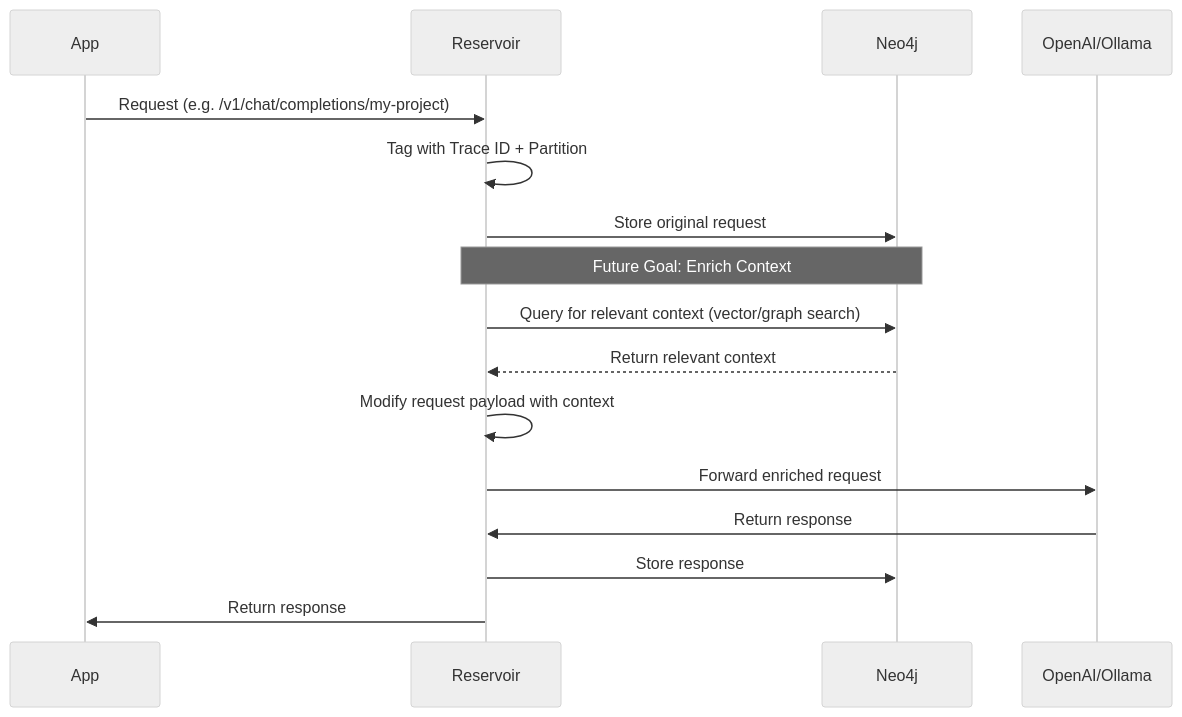
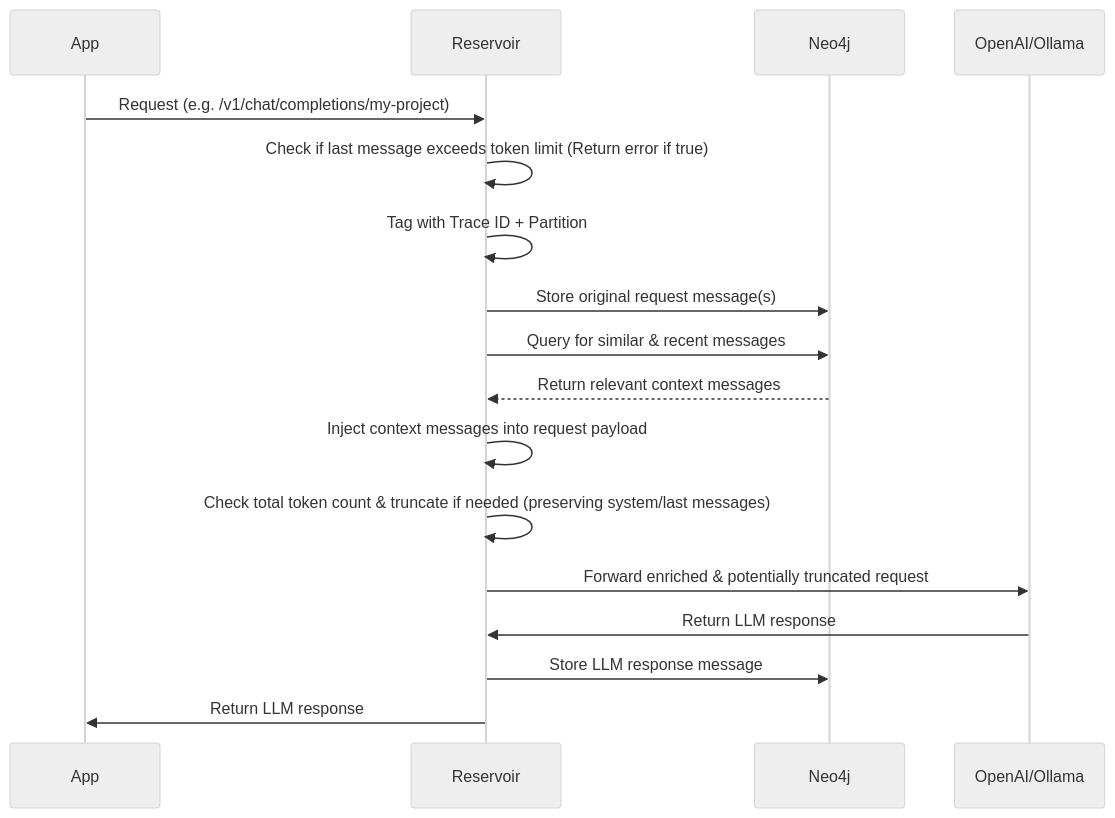
One commit to divanvisagie/reservoir changed the first of 2 diagrams in README.md. Above: the diagram before and after it, drawn with Mermaid (neutral theme). The commit also changed other lines of this file, not shown here.

Commit message:
docs: update README.md to clarify dynamic context enrichment and token management features

````diff
--- a/README.md
+++ b/README.md
@@ -24,23 +24,25 @@
 ```mermaid
 sequenceDiagram
     participant App
     participant Reservoir
     participant Neo4j
     participant LLM as OpenAI/Ollama
 
     App->>Reservoir: Request (e.g. /v1/chat/completions/my-project)
+    Reservoir->>Reservoir: Check if last message exceeds token limit (Return error if true)
     Reservoir->>Reservoir: Tag with Trace ID + Partition
-    Reservoir->>Neo4j: Store original request
+    Reservoir->>Neo4j: Store original request message(s)
 
-    %% --- Context Enrichment Steps (Future Goal) ---
-    Note over Reservoir,Neo4j: Future Goal: Enrich Context
-    Reservoir->>Neo4j: Query for relevant context (vector/graph search)
-    Neo4j-->>Reservoir: Return relevant context
-    Reservoir->>Reservoir: Modify request payload with context
+    %% --- Context Enrichment Steps ---
+    Reservoir->>Neo4j: Query for similar & recent messages
+    Neo4j-->>Reservoir: Return relevant context messages
+    Reservoir->>Reservoir: Inject context messages into request payload
     %% --- End Enrichment Steps ---
 
-    Reservoir->>LLM: Forward enriched request
-    LLM->>Reservoir: Return response
-    Reservoir->>Neo4j: Store response
-    Reservoir->>App: Return response
+    Reservoir->>Reservoir: Check total token count & truncate if needed (preserving system/last messages)
+
+    Reservoir->>LLM: Forward enriched & potentially truncated request
+    LLM->>Reservoir: Return LLM response
+    Reservoir->>Neo4j: Store LLM response message
+    Reservoir->>App: Return LLM response
 ```
````
